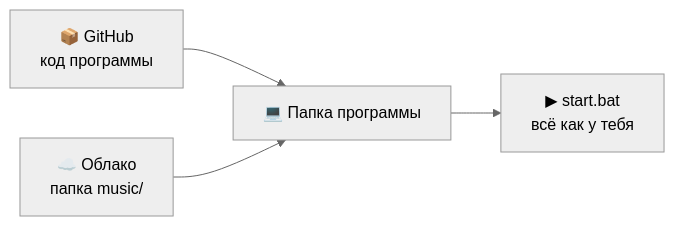
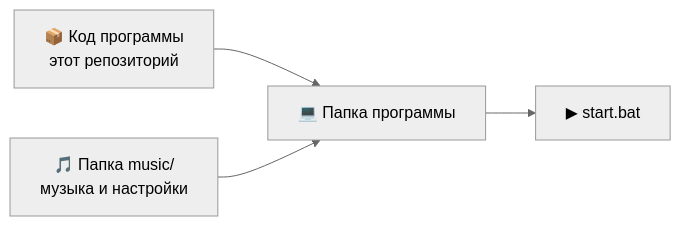
One commit to NearYouSoul/event-music-player changed the first of 4 diagrams in README.md. Above: the diagram before and after it, drawn with Mermaid (neutral theme). The commit also changed other lines of this file, not shown here.

````diff
--- a/README.md
+++ b/README.md
@@ -81,6 +80,6 @@
 ```mermaid
 flowchart LR
-  G["📦 GitHub<br>код программы"] --> P["💻 Папка программы"]
-  C["☁️ Облако<br>папка music/"] --> P
-  P --> R["▶ start.bat<br>всё как у тебя"]
+  G["📦 Код программы<br>этот репозиторий"] --> P["💻 Папка программы"]
+  C["🎵 Папка music/<br>музыка и настройки"] --> P
+  P --> R["▶ start.bat"]
 ```
````
